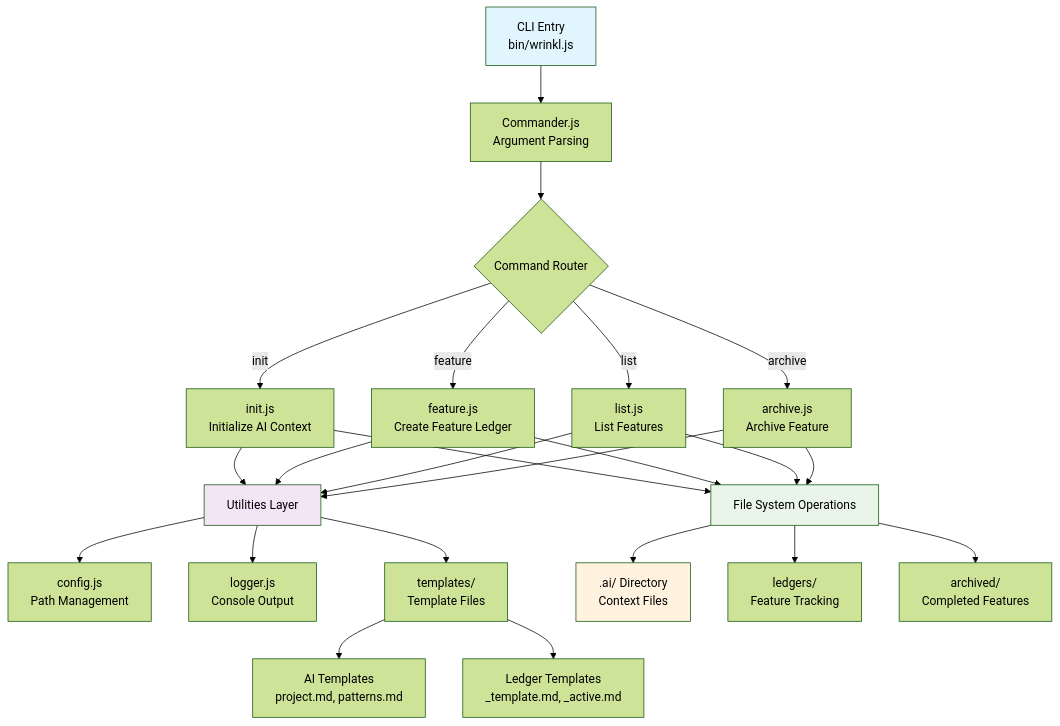
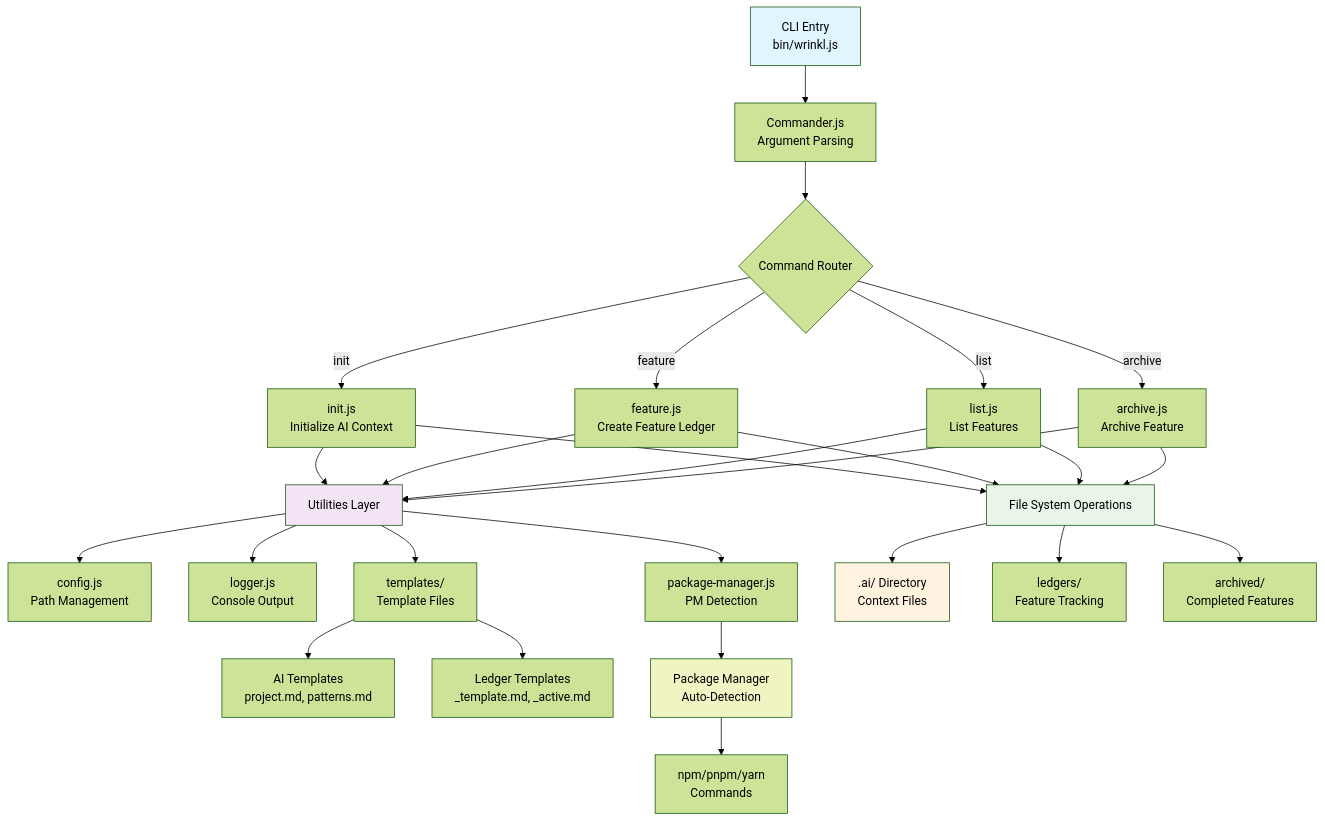
Before and after one commit to orangebread/wrinkl: the diagram in .ai/architecture.md, drawn with Mermaid (forest theme). The commit also changed 4 other files, not shown here.

First line of the commit message:
docs: update AI context system with comprehensive project information

````diff
--- a/.ai/architecture.md
+++ b/.ai/architecture.md
@@ -7,36 +7,41 @@
 ```mermaid
 graph TD
     A[CLI Entry<br/>bin/wrinkl.js] --> B[Commander.js<br/>Argument Parsing]
     B --> C{Command Router}
 
     C -->|init| D[init.js<br/>Initialize AI Context]
     C -->|feature| E[feature.js<br/>Create Feature Ledger]
     C -->|list| F[list.js<br/>List Features]
     C -->|archive| G[archive.js<br/>Archive Feature]
 
     D --> H[Utilities Layer]
     E --> H
     F --> H
     G --> H
 
     H --> I[config.js<br/>Path Management]
     H --> J[logger.js<br/>Console Output]
-    H --> K[templates/<br/>Template Files]
+    H --> K[package-manager.js<br/>PM Detection]
+    H --> L[templates/<br/>Template Files]
 
-    D --> L[File System Operations]
-    E --> L
-    F --> L
-    G --> L
+    D --> M[File System Operations]
+    E --> M
+    F --> M
+    G --> M
 
-    L --> M[.ai/ Directory<br/>Context Files]
-    L --> N[ledgers/<br/>Feature Tracking]
-    L --> O[archived/<br/>Completed Features]
+    M --> N[.ai/ Directory<br/>Context Files]
+    M --> O[ledgers/<br/>Feature Tracking]
+    M --> P[archived/<br/>Completed Features]
 
-    K --> P[AI Templates<br/>project.md, patterns.md]
-    K --> Q[Ledger Templates<br/>_template.md, _active.md]
+    L --> Q[AI Templates<br/>project.md, patterns.md]
+    L --> R[Ledger Templates<br/>_template.md, _active.md]
+
+    K --> S[Package Manager<br/>Auto-Detection]
+    S --> T[npm/pnpm/yarn<br/>Commands]
 
     style A fill:#e1f5fe
     style H fill:#f3e5f5
-    style L fill:#e8f5e8
-    style M fill:#fff3e0
+    style M fill:#e8f5e8
+    style N fill:#fff3e0
+    style S fill:#f0f4c3
 ```
````
